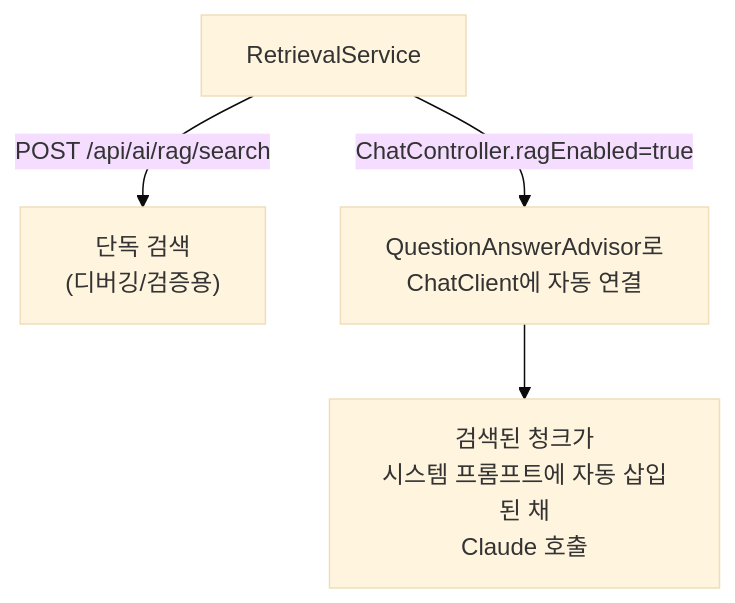
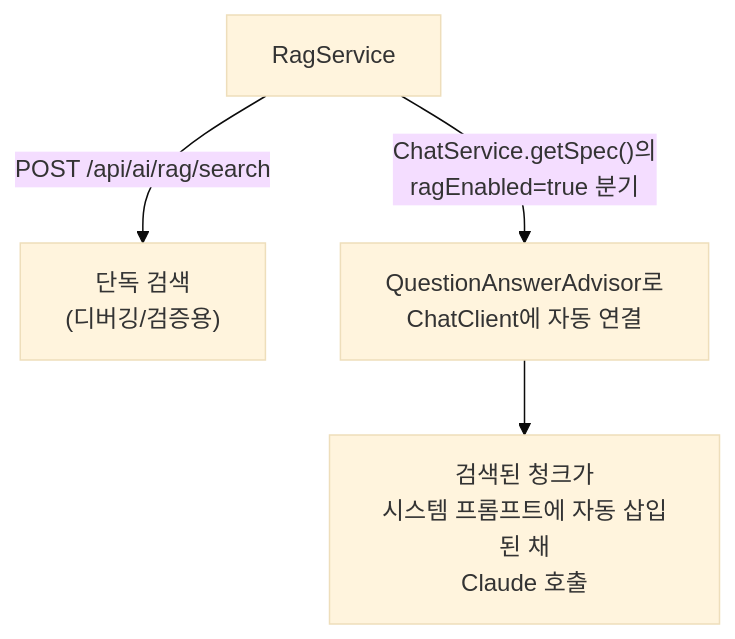
The eighth of 16 diagrams in docs/09.dstone-ai-engine.md (YongSoekChoeng/dstone), drawn with Mermaid (base theme) before and after one commit. The commit also changed other lines of this file and 12 other files, not shown here.

````diff
--- a/docs/09.dstone-ai-engine.md
+++ b/docs/09.dstone-ai-engine.md
@@ -323,7 +358,7 @@
 ```mermaid
 flowchart TB
-    RS[RetrievalService]
+    RS[RagService]
     RS -->|"POST /api/ai/rag/search"| Direct["단독 검색<br/>(디버깅/검증용)"]
-    RS -->|"ChatController.ragEnabled=true"| QA["QuestionAnswerAdvisor로<br/>ChatClient에 자동 연결"]
+    RS -->|"ChatService.getSpec()의<br/>ragEnabled=true 분기"| QA["QuestionAnswerAdvisor로<br/>ChatClient에 자동 연결"]
     QA --> Advised["검색된 청크가<br/>시스템 프롬프트에 자동 삽입된 채<br/>Claude 호출"]
 ```
````
